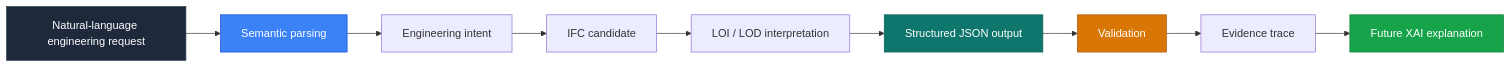
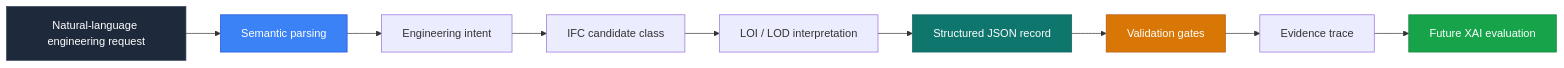
Before and after one commit to BIMAIBlendgineer/semantic-bim-ifc-xai: the diagram in README.md, drawn with Mermaid. The commit also changed other lines of this file and 12 other files, not shown here.

Commit message:
docs: rewrite public repository as English academic BIM IFC XAI artifact

````diff
--- a/README.md
+++ b/README.md
@@ -78,17 +69,17 @@
 ```mermaid
 flowchart LR
     A[Natural-language engineering request] --> B[Semantic parsing]
     B --> C[Engineering intent]
-    C --> D[IFC candidate]
+    C --> D[IFC candidate class]
     D --> E[LOI / LOD interpretation]
-    E --> F[Structured JSON output]
-    F --> G[Validation]
+    E --> F[Structured JSON record]
+    F --> G[Validation gates]
     G --> H[Evidence trace]
-    H --> I[Future XAI explanation]
-    
+    H --> I[Future XAI evaluation]
+
     style A fill:#1e293b,stroke:#334155,color:#fff
     style B fill:#3b82f6,stroke:#1d4ed8,color:#fff
     style F fill:#0f766e,stroke:#115e59,color:#fff
     style G fill:#d97706,stroke:#b45309,color:#fff
     style I fill:#16a34a,stroke:#15803d,color:#fff
 ```
````
